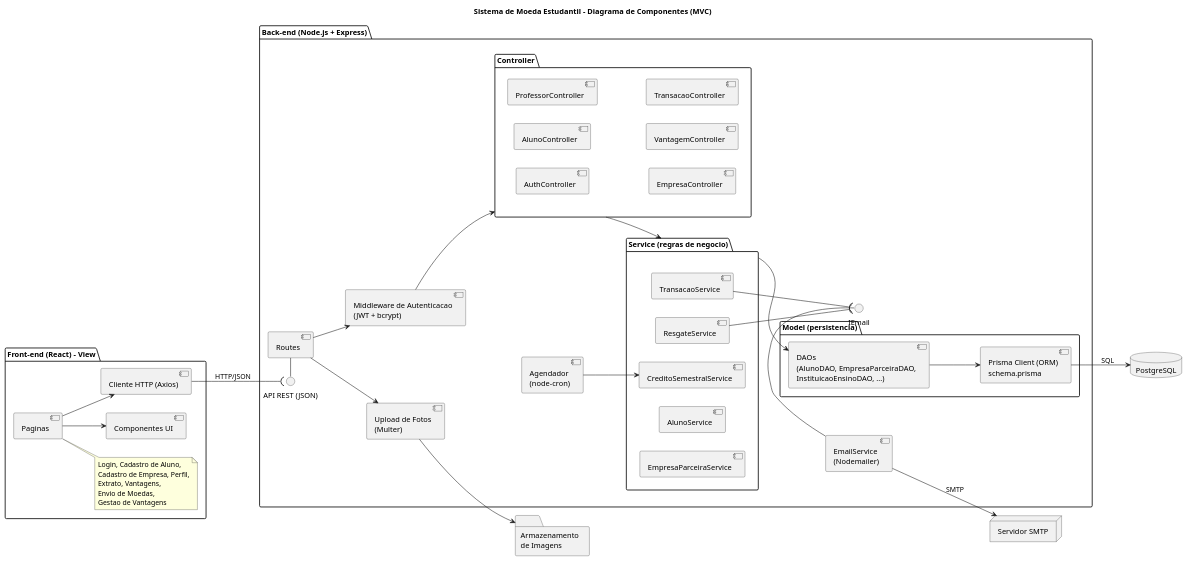
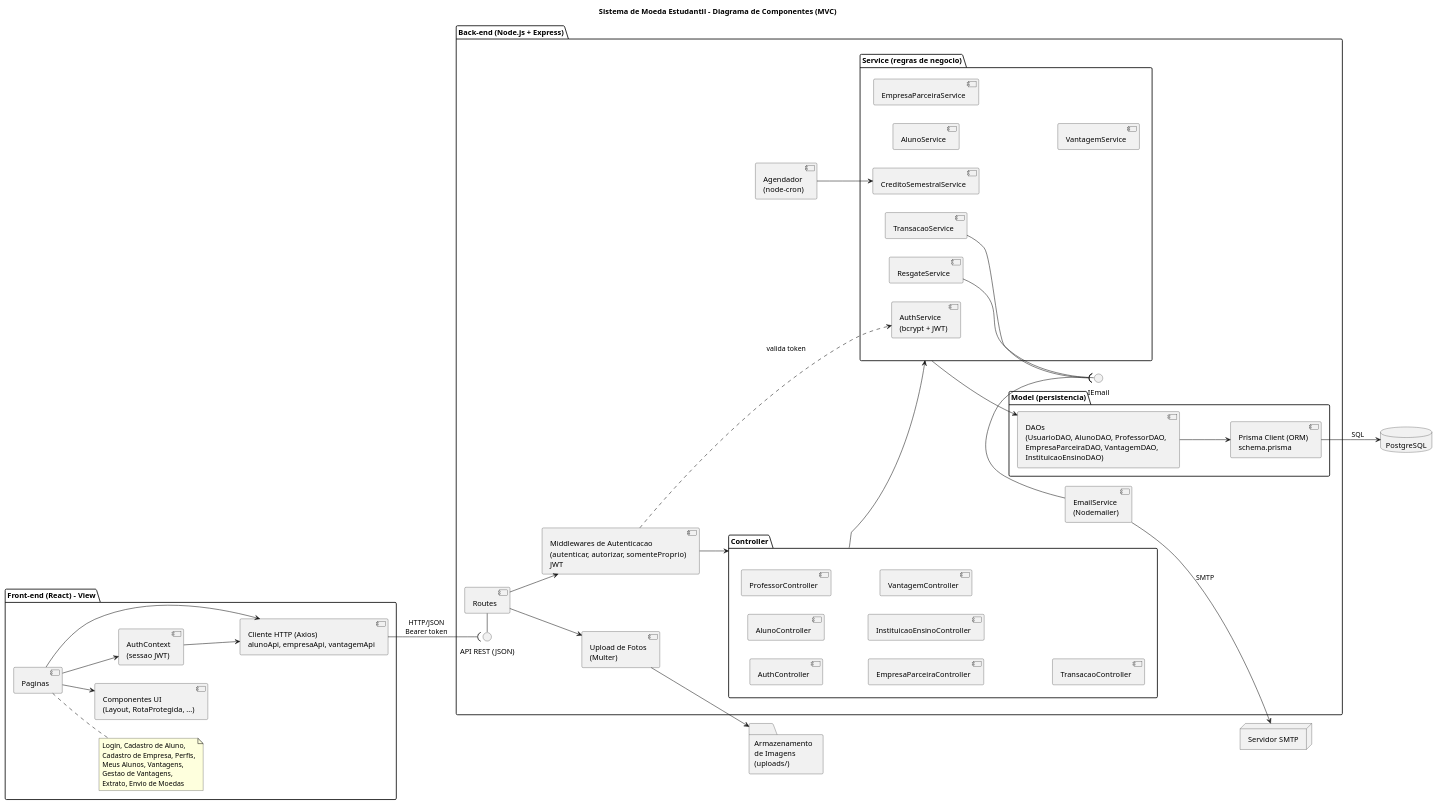
One commit to natadias/moeda-estudantil changed the diagram in docs/diagramas/componentes/diagrama-de-componentes.puml. Above: the diagram before and after it, drawn with PlantUML. The commit also changed 66 other files, not shown here.

```diff
--- a/docs/diagramas/componentes/diagrama-de-componentes.puml
+++ b/docs/diagramas/componentes/diagrama-de-componentes.puml
@@ -1,74 +1,81 @@
 @startuml diagrama-de-componentes
 title Sistema de Moeda Estudantil - Diagrama de Componentes (MVC)
 skinparam componentStyle uml2
 left to right direction
 
 package "Front-end (React) - View" {
   [Paginas] as Paginas
   note right of Paginas
     Login, Cadastro de Aluno,
-    Cadastro de Empresa, Perfil,
-    Extrato, Vantagens,
-    Envio de Moedas,
-    Gestao de Vantagens
+    Cadastro de Empresa, Perfis,
+    Meus Alunos, Vantagens,
+    Gestao de Vantagens,
+    Extrato, Envio de Moedas
   end note
-  [Componentes UI] as UI
-  [Cliente HTTP (Axios)] as Api
+  [Componentes UI\n(Layout, RotaProtegida, ...)] as UI
+  [AuthContext\n(sessao JWT)] as AuthCtx
+  [Cliente HTTP (Axios)\nalunoApi, empresaApi, vantagemApi] as Api
   Paginas --> UI
+  Paginas --> AuthCtx
   Paginas --> Api
+  AuthCtx --> Api
 }
 
 package "Back-end (Node.js + Express)" {
   interface "API REST (JSON)" as IRest
   [Routes] as Routes
-  [Middleware de Autenticacao\n(JWT + bcrypt)] as Auth
+  [Middlewares de Autenticacao\n(autenticar, autorizar, somenteProprio)\nJWT] as Auth
 
   package "Controller" {
     [AuthController]
     [AlunoController]
     [ProfessorController]
-    [EmpresaController]
+    [EmpresaParceiraController]
+    [InstituicaoEnsinoController]
     [VantagemController]
     [TransacaoController]
   }
 
   package "Service (regras de negocio)" {
+    [AuthService\n(bcrypt + JWT)] as AuthSvc
+    [AlunoService]
+    [EmpresaParceiraService]
+    [VantagemService]
     [TransacaoService]
     [ResgateService]
     [CreditoSemestralService]
-    [AlunoService]
-    [EmpresaParceiraService]
   }
 
   package "Model (persistencia)" {
-    [DAOs\n(AlunoDAO, EmpresaParceiraDAO,\nInstituicaoEnsinoDAO, ...)] as DAO
+    [DAOs\n(UsuarioDAO, AlunoDAO, ProfessorDAO,\nEmpresaParceiraDAO, VantagemDAO,\nInstituicaoEnsinoDAO)] as DAO
     [Prisma Client (ORM)\nschema.prisma] as Prisma
     DAO --> Prisma
   }
 
   interface "IEmail" as IEmail
   [EmailService\n(Nodemailer)] as EmailSvc
   [Upload de Fotos\n(Multer)] as Upload
   [Agendador\n(node-cron)] as Cron
 
   IRest - Routes
   Routes --> Auth
   Routes --> Upload
   Auth --> Controller
+  Auth ..> AuthSvc : valida token
   Controller --> "Service (regras de negocio)"
   "Service (regras de negocio)" --> DAO
   EmailSvc - IEmail
   [TransacaoService] --( IEmail
   [ResgateService] --( IEmail
   Cron --> [CreditoSemestralService]
 }
 
 database "PostgreSQL" as DB
 node "Servidor SMTP" as SMTP
-folder "Armazenamento\nde Imagens" as Storage
+folder "Armazenamento\nde Imagens\n(uploads/)" as Storage
 
-Api --( IRest : HTTP/JSON
+Api --( IRest : HTTP/JSON\nBearer token
 Prisma --> DB : SQL
 EmailSvc --> SMTP : SMTP
 Upload --> Storage
 @enduml
```
